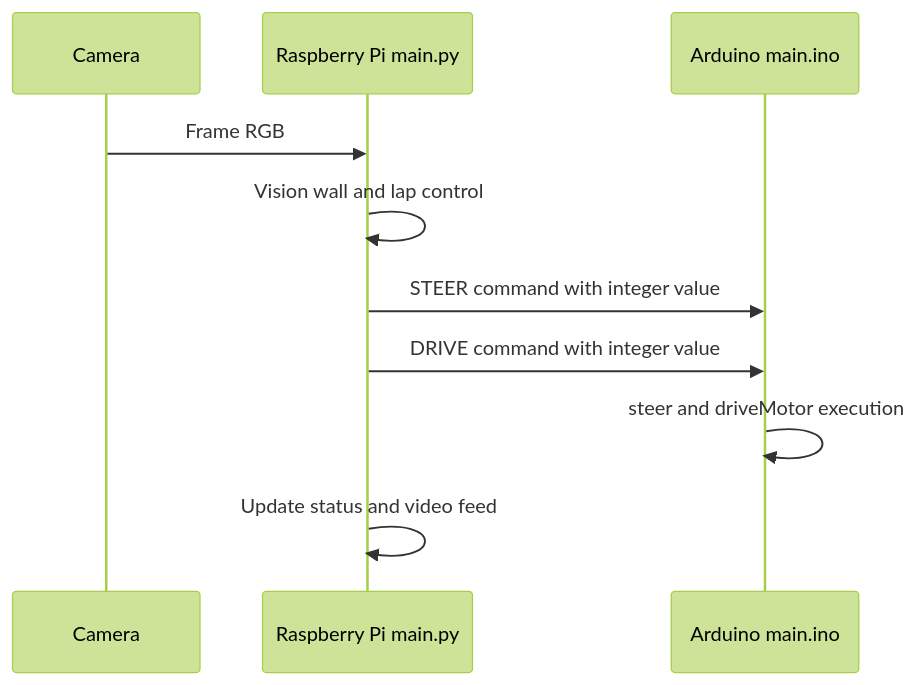
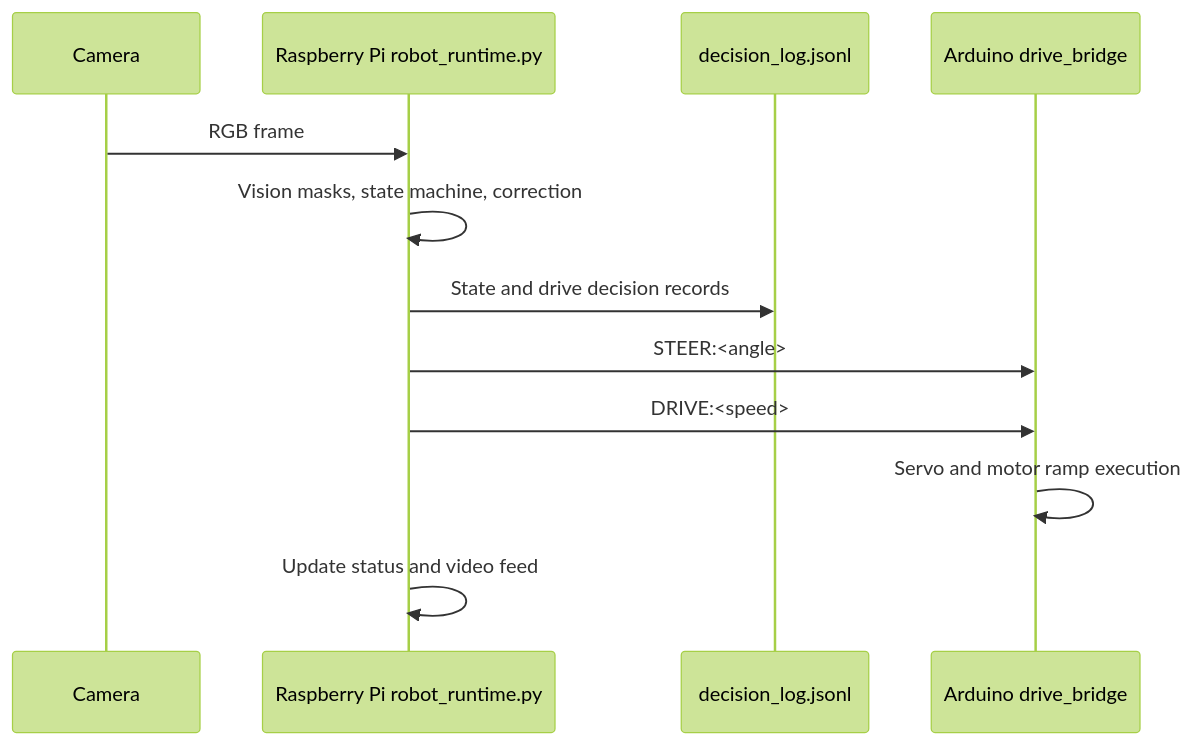
The eighth of 8 diagrams in README.md (berkemutluu/Flame-WRO-FE), drawn with Mermaid (forest theme) before and after one commit. The commit also changed other lines of this file, not shown here.

````diff
--- a/README.md
+++ b/README.md
@@ -946,12 +1011,14 @@
-```mermaid
-sequenceDiagram
-    participant Cam as Camera
-    participant Pi as Raspberry Pi main.py
-    participant Ard as Arduino main.ino
-    Cam->>Pi: Frame RGB
-    Pi->>Pi: Vision wall and lap control
-    Pi->>Ard: STEER command with integer value
-    Pi->>Ard: DRIVE command with integer value
-    Ard->>Ard: steer and driveMotor execution
-    Pi->>Pi: Update status and video feed
-```
+```mermaid  
+sequenceDiagram  
+    participant Cam as Camera  
+    participant Pi as Raspberry Pi robot_runtime.py  
+    participant Log as decision_log.jsonl  
+    participant Ard as Arduino drive_bridge  
+    Cam->>Pi: RGB frame  
+    Pi->>Pi: Vision masks, state machine, correction  
+    Pi->>Log: State and drive decision records  
+    Pi->>Ard: STEER:<angle>  
+    Pi->>Ard: DRIVE:<speed>  
+    Ard->>Ard: Servo and motor ramp execution  
+    Pi->>Pi: Update status and video feed  
+```  
````
